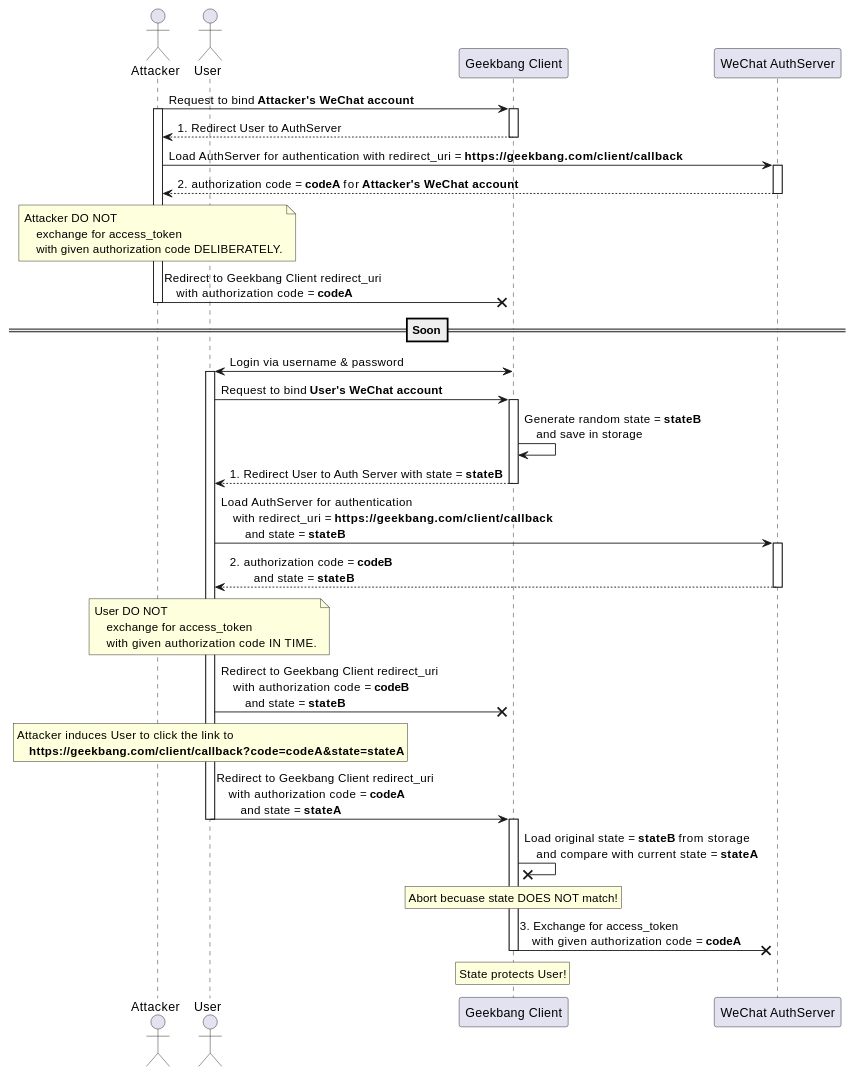
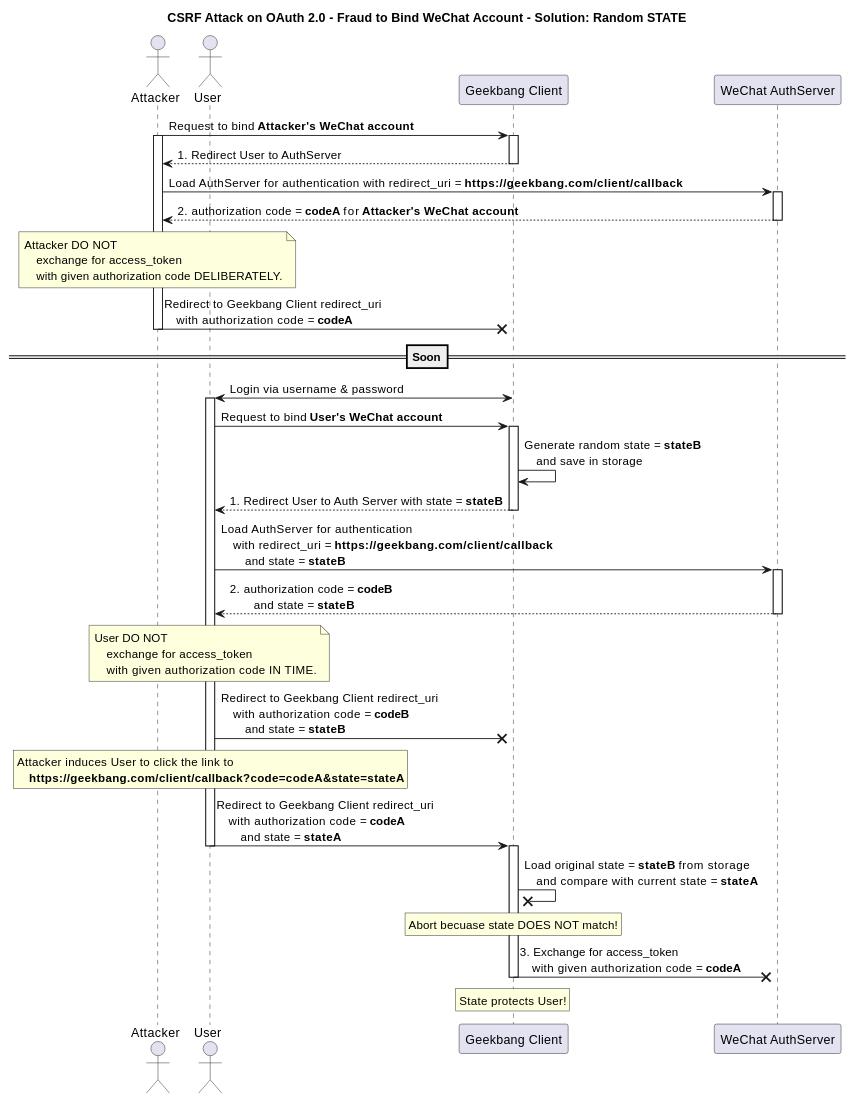
The second of 2 diagrams in auth/csrf-attack-on-oauth.md (IceHe/lib), drawn with PlantUML before and after one commit. The commit also changed other lines of this file and 1 other file, not shown here.

Commit message:
2021-11-04 21:21:28 Thu

````diff
--- a/auth/csrf-attack-on-oauth.md
+++ b/auth/csrf-attack-on-oauth.md
@@ -116,77 +119,80 @@
 ```plantuml
 @startuml
+
+title CSRF Attack on OAuth 2.0 - Fraud to Bind WeChat Account - Solution: Random STATE
+
 actor attacker as "Attacker"
 actor user as "User"
 
 participant geekbang_client as "Geekbang Client"
 participant auth_server as "WeChat AuthServer"
 
 attacker -> geekbang_client: Request to bind **Attacker's WeChat account**
 activate attacker
 activate geekbang_client
 attacker <-- geekbang_client: 1. Redirect User to AuthServer
 deactivate geekbang_client
 
 attacker -> auth_server: Load AuthServer for authentication with redirect_uri = **https://geekbang.com/client/callback**
 activate auth_server
 attacker <-- auth_server: 2. authorization code = **codeA** for **Attacker's WeChat account**
 deactivate auth_server
 
 note over attacker
     Attacker DO NOT
         exchange for access_token
         with given authorization code DELIBERATELY.
 endrnote
 
 attacker -x geekbang_client: Redirect to Geekbang Client redirect_uri \n    with authorization code = **codeA**
 deactivate attacker
 
 ==Soon==
 
 user <-> geekbang_client: Login via username & password
 activate user
 user -> geekbang_client: Request to bind **User's WeChat account**
 activate geekbang_client
 
 geekbang_client -> geekbang_client: Generate random state = **stateB** \n    and save in storage
 user <-- geekbang_client: 1. Redirect User to Auth Server with state = **stateB**
 deactivate geekbang_client
 
 
 user -> auth_server: Load AuthServer for authentication \n    with redirect_uri = **https://geekbang.com/client/callback** \n        and state = **stateB**
 activate auth_server
 user <-- auth_server: 2. authorization code = **codeB** \n        and state = **stateB**
 deactivate auth_server
 
 note over user
     User DO NOT
         exchange for access_token
         with given authorization code IN TIME.
 endrnote
 
 user -x geekbang_client: Redirect to Geekbang Client redirect_uri \n    with authorization code = **codeB** \n        and state = **stateB**
 
 rnote over user
     Attacker induces User to click the link to
         **https://geekbang.com/client/callback?code=codeA&state=stateA**
 endrnote
 
 user -> geekbang_client: Redirect to Geekbang Client redirect_uri \n    with authorization code = **codeA** \n        and state = **stateA**
 deactivate user
 activate geekbang_client
 
 geekbang_client -x geekbang_client: Load original state = **stateB** from storage \n    and compare with current state = **stateA**
 
 rnote over geekbang_client
     Abort becuase state DOES NOT match!
 endrnote
 
 geekbang_client -x auth_server: 3. Exchange for access_token \n    with given authorization code = **codeA**
 deactivate geekbang_client
 
 rnote over geekbang_client
     State protects User!
 endrnote
 
 @enduml
 ```
````
